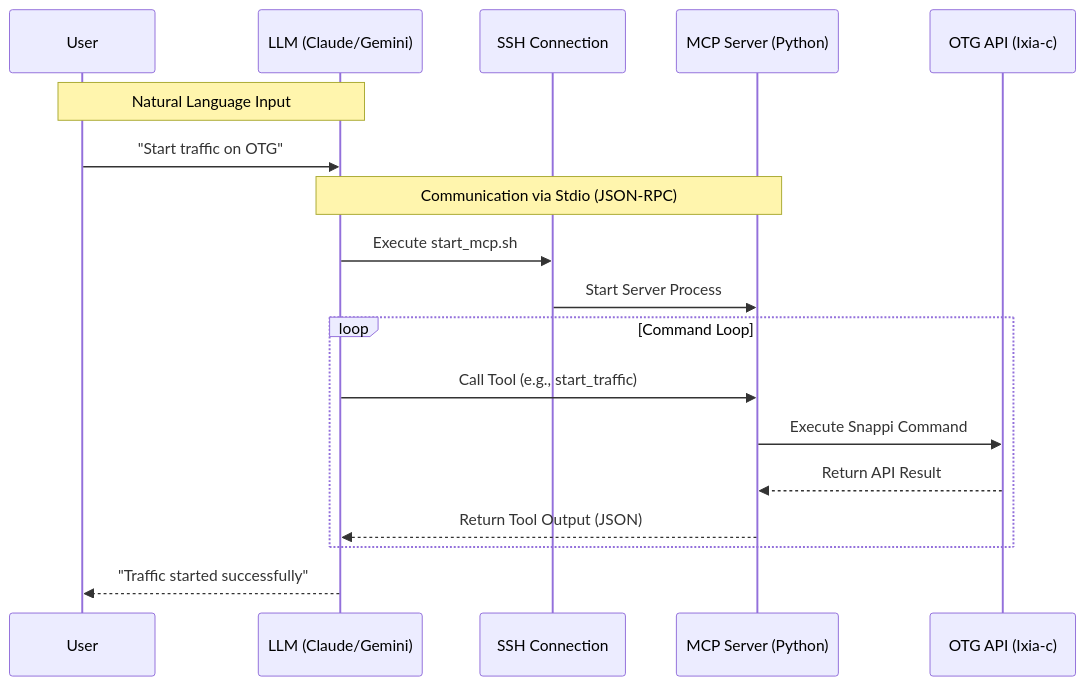
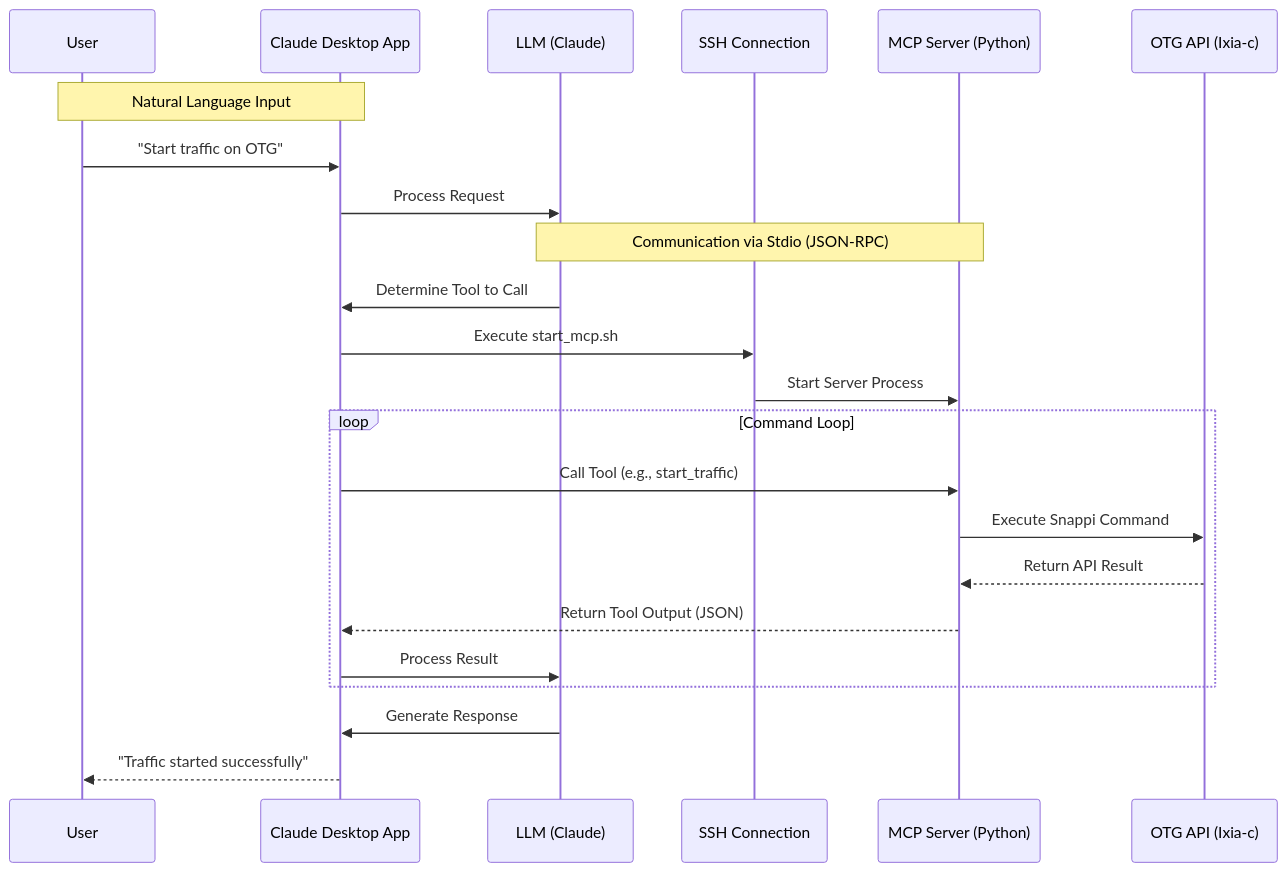
The second of 2 diagrams in README.md (tadashota212/otg-test), drawn with Mermaid before and after one commit.

Commit message:
Clarify Claude Desktop App position in architecture diagram

````diff
--- a/README.md
+++ b/README.md
@@ -107,24 +107,29 @@
 ```mermaid
 sequenceDiagram
     participant User as User
-    participant LLM as LLM (Claude/Gemini)
+    participant Client as Claude Desktop App
+    participant LLM as LLM (Claude)
     participant SSH as SSH Connection
     participant MCP as MCP Server (Python)
     participant OTG as OTG API (Ixia-c)
 
-    Note over User, LLM: Natural Language Input
-    User->>LLM: "Start traffic on OTG"
+    Note over User, Client: Natural Language Input
+    User->>Client: "Start traffic on OTG"
+    Client->>LLM: Process Request
     
     Note over LLM, MCP: Communication via Stdio (JSON-RPC)
-    LLM->>SSH: Execute start_mcp.sh
+    LLM->>Client: Determine Tool to Call
+    Client->>SSH: Execute start_mcp.sh
     SSH->>MCP: Start Server Process
     
     loop Command Loop
-        LLM->>MCP: Call Tool (e.g., start_traffic)
+        Client->>MCP: Call Tool (e.g., start_traffic)
         MCP->>OTG: Execute Snappi Command
         OTG-->>MCP: Return API Result
-        MCP-->>LLM: Return Tool Output (JSON)
+        MCP-->>Client: Return Tool Output (JSON)
+        Client->>LLM: Process Result
     end
     
-    LLM-->>User: "Traffic started successfully"
+    LLM->>Client: Generate Response
+    Client-->>User: "Traffic started successfully"
 ```
````
